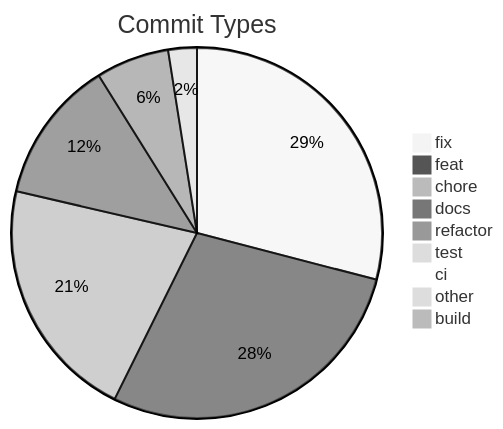
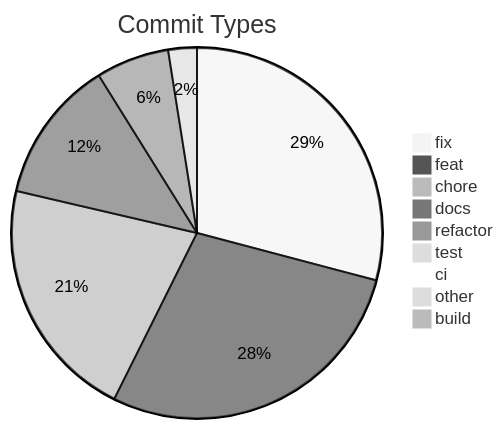
The diagram in .shipwright/compliance/change-history.md (svenroth-ai/shipwright), drawn with Mermaid (neutral theme) before and after one commit. The commit also changed other lines of this file and 24 other files, not shown here.

````diff
--- a/.shipwright/compliance/change-history.md
+++ b/.shipwright/compliance/change-history.md
@@ -8,12 +8,12 @@
 ```mermaid
 pie title Commit Types
-    "fix" : 337
+    "fix" : 338
     "feat" : 328
     "chore" : 247
     "docs" : 145
     "refactor" : 74
     "test" : 29
     "ci" : 11
     "other" : 9
     "build" : 1
 ```
````
